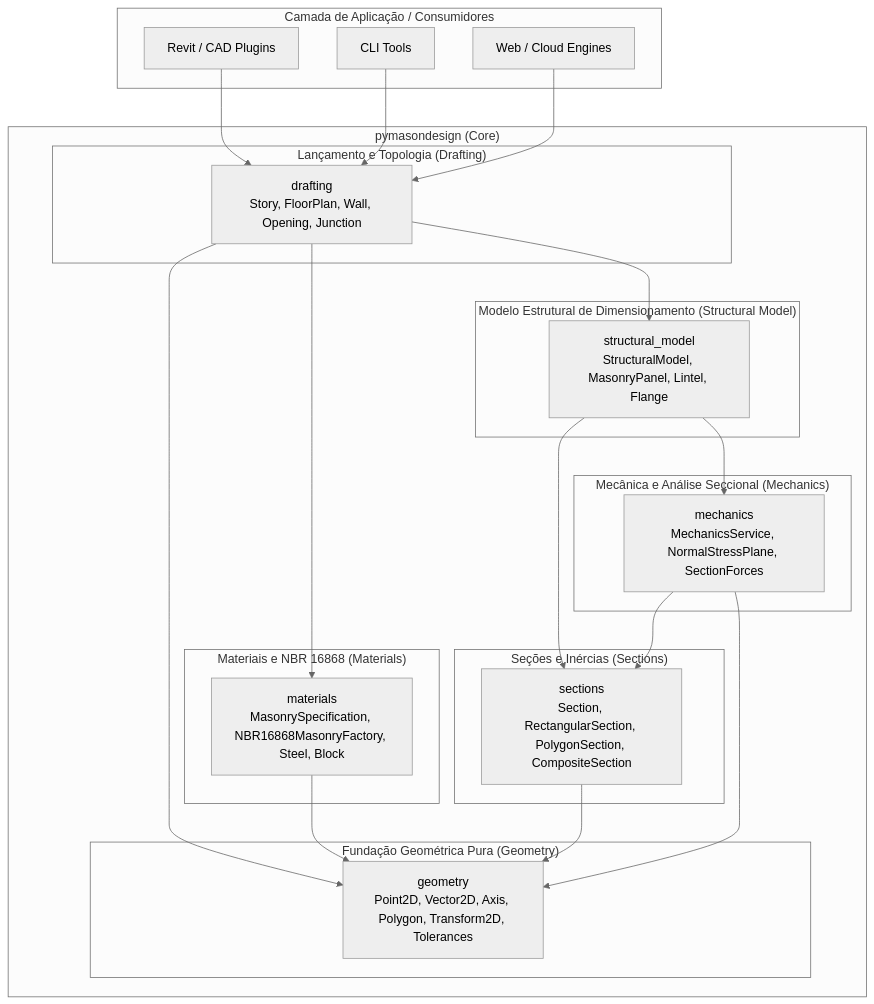
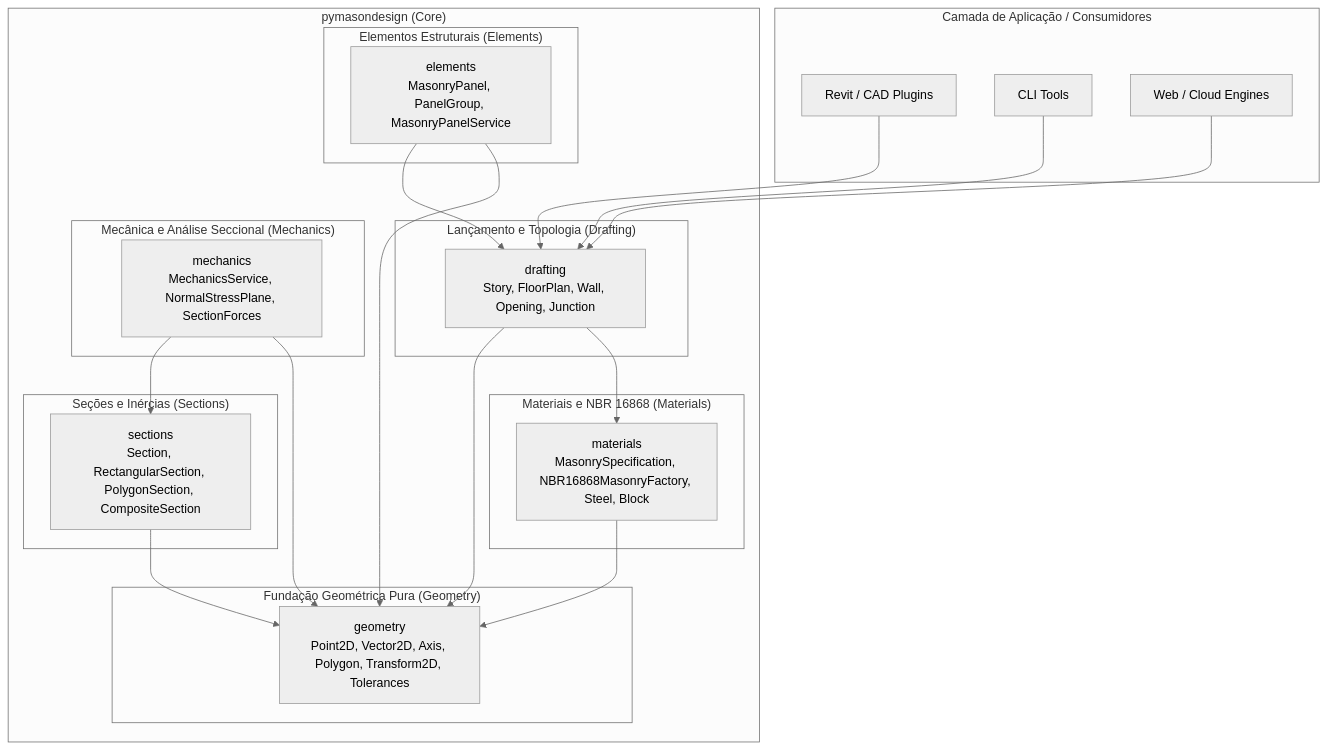
One commit to BrunoFurlam/pymasondesign changed the first of 2 diagrams in ARCHITECTURE.md. Above: the diagram before and after it, drawn with Mermaid (neutral theme). The commit also changed other lines of this file and 1 other file, not shown here.

Commit message:
docs: update ARCHITECTURE.md and PROJECT_CONTEXT.md with elements module and junction queries

````diff
--- a/ARCHITECTURE.md
+++ b/ARCHITECTURE.md
@@ -11,47 +11,46 @@
 ```mermaid
 graph TD
     subgraph "Camada de Aplicação / Consumidores"
         A[Revit / CAD Plugins]
         B[CLI Tools]
         C[Web / Cloud Engines]
     end
 
     subgraph "pymasondesign (Core)"
+        subgraph "Elementos Estruturais (Elements)"
+            ELEM[elements<br/>MasonryPanel, PanelGroup, MasonryPanelService]
+        end
+
         subgraph "Lançamento e Topologia (Drafting)"
             DRAFT[drafting<br/>Story, FloorPlan, Wall, Opening, Junction]
-        end
-
-        subgraph "Modelo Estrutural de Dimensionamento (Structural Model)"
-            STRUCT[structural_model<br/>StructuralModel, MasonryPanel, Lintel, Flange]
         end
 
         subgraph "Mecânica e Análise Seccional (Mechanics)"
             MECH[mechanics<br/>MechanicsService, NormalStressPlane, SectionForces]
         end
 
         subgraph "Seções e Inércias (Sections)"
             SECT[sections<br/>Section, RectangularSection, PolygonSection, CompositeSection]
         end
 
         subgraph "Materiais e NBR 16868 (Materials)"
             MAT[materials<br/>MasonrySpecification, NBR16868MasonryFactory, Steel, Block]
         end
 
         subgraph "Fundação Geométrica Pura (Geometry)"
             GEOM[geometry<br/>Point2D, Vector2D, Axis, Polygon, Transform2D, Tolerances]
         end
     end
 
     A --> DRAFT
     B --> DRAFT
     C --> DRAFT
     DRAFT --> GEOM
     DRAFT --> MAT
-    DRAFT --> STRUCT
-    STRUCT --> SECT
-    STRUCT --> MECH
+    ELEM --> DRAFT
+    ELEM --> GEOM
     MECH --> SECT
     MECH --> GEOM
     SECT --> GEOM
     MAT --> GEOM
 ```
````
